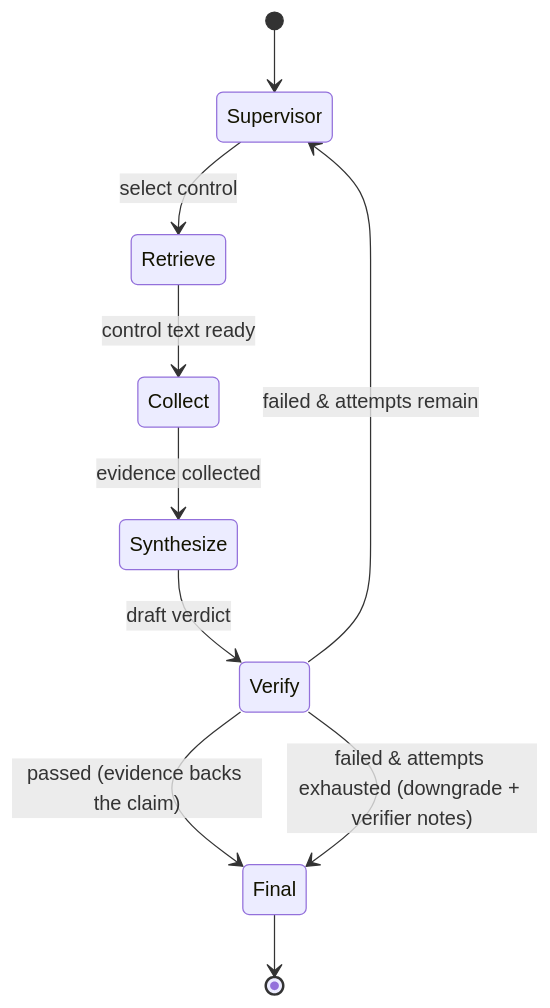
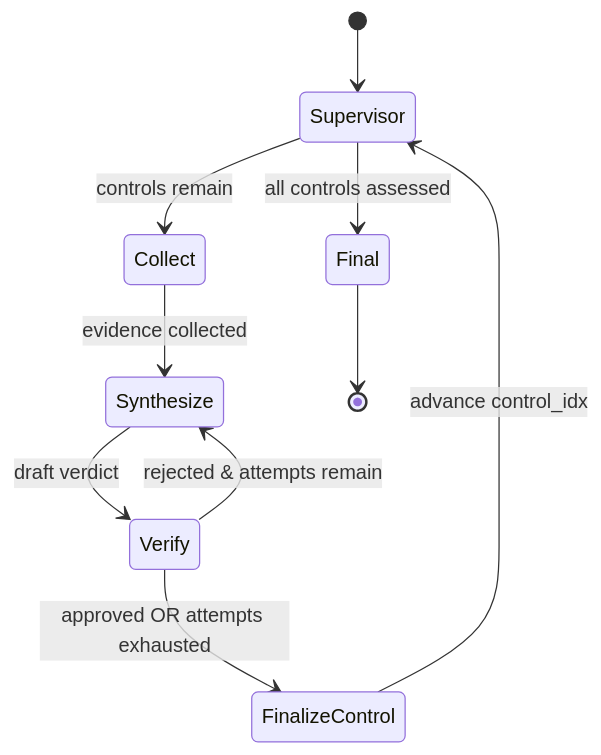
The second of 2 diagrams in docs/ARCHITECTURE.md (perspectivism/agentic-compliance-checker), drawn with Mermaid before and after one commit. The commit also changed other lines of this file and 17 other files, not shown here.

First line of the commit message:
M5: LangGraph supervisor and verifier loop

````diff
--- a/docs/ARCHITECTURE.md
+++ b/docs/ARCHITECTURE.md
@@ -52,12 +52,12 @@
 ```mermaid
 stateDiagram-v2
     [*] --> Supervisor
-    Supervisor --> Retrieve: select control
-    Retrieve --> Collect: control text ready
+    Supervisor --> Collect: controls remain
+    Supervisor --> Final: all controls assessed
     Collect --> Synthesize: evidence collected
     Synthesize --> Verify: draft verdict
-    Verify --> Final: passed (evidence backs the claim)
-    Verify --> Supervisor: failed & attempts remain
-    Verify --> Final: failed & attempts exhausted (downgrade + verifier notes)
+    Verify --> FinalizeControl: approved OR attempts exhausted
+    FinalizeControl --> Supervisor: advance control_idx
+    Verify --> Synthesize: rejected & attempts remain
     Final --> [*]
 ```
````
